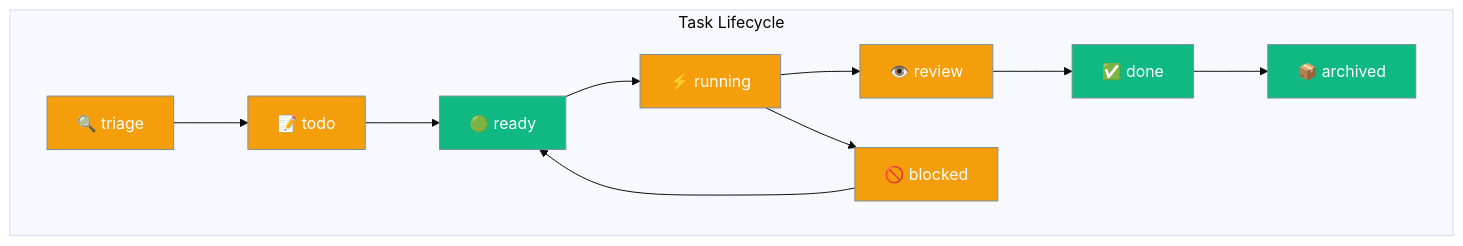
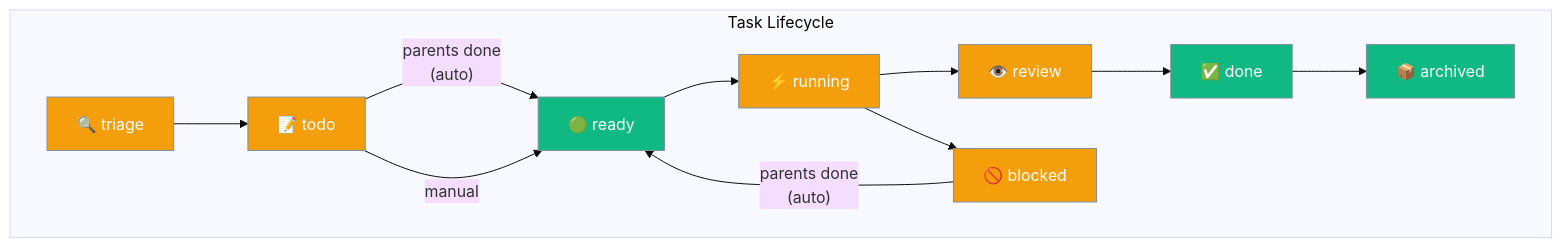
The third of 8 diagrams in docs/features/kanban.mdx (MervinPraison/PraisonAIDocs), drawn with Mermaid (base theme) before and after one commit. The commit also changed other lines of this file and 1 other file, not shown here.

First line of the commit message:
docs(kanban): add auto-promotion section and KanbanPromotionProtocol docs (fixes #1197)

````diff
--- a/docs/features/kanban.mdx
+++ b/docs/features/kanban.mdx
@@ -98,21 +98,22 @@
 ```mermaid
 graph TB
     subgraph "Task Lifecycle"
         Triage[🔍 triage] --> Todo[📝 todo]
-        Todo --> Ready[🟢 ready]
+        Todo -->|"parents done<br/>(auto)"| Ready[🟢 ready]
+        Todo -->|manual| Ready
         Ready --> Running[⚡ running]
         Running --> Review[👁️ review]
         Running --> Blocked[🚫 blocked]
-        Blocked --> Ready
+        Blocked -->|"parents done<br/>(auto)"| Ready
         Review --> Done[✅ done]
         Done --> Archived[📦 archived]
     end
     
     classDef status fill:#F59E0B,stroke:#7C90A0,color:#fff
     classDef ready fill:#10B981,stroke:#7C90A0,color:#fff
     classDef done fill:#10B981,stroke:#7C90A0,color:#fff
     
     class Triage,Todo,Running,Review,Blocked status
     class Ready ready
     class Done,Archived done
 ```
````
